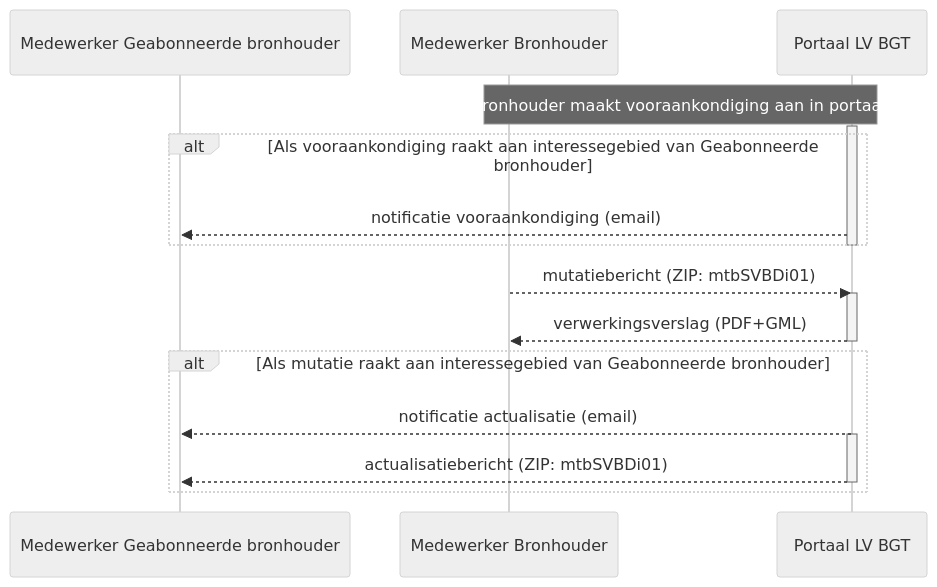
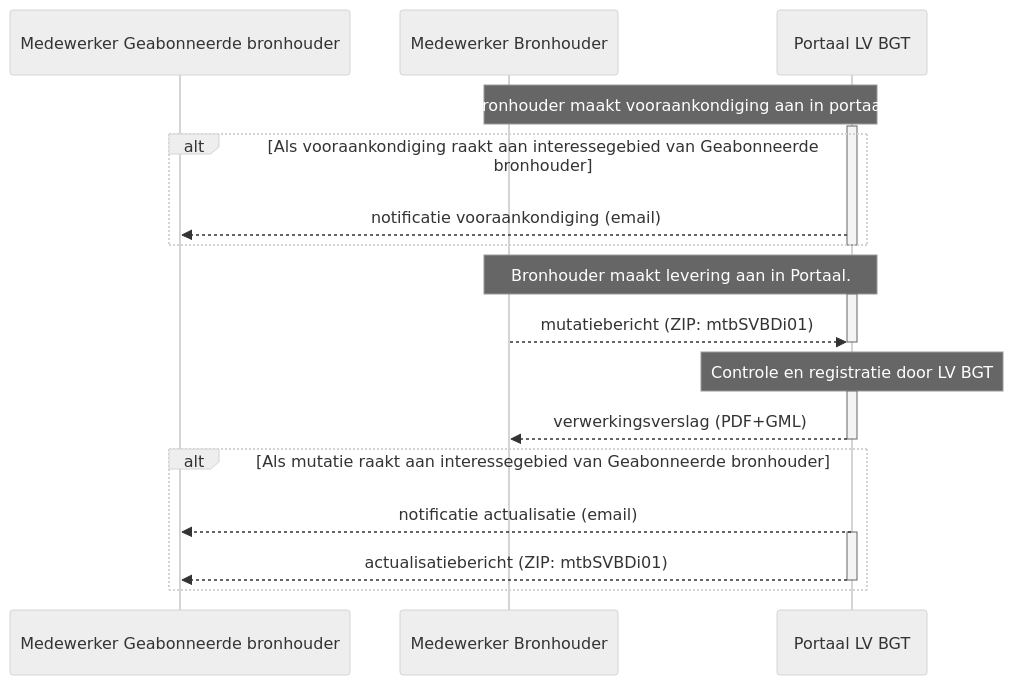
The first of 2 diagrams in werkafspraken/bgt-berichtenverkeer/2-werkafspraak.md (Geonovum/IMGeo), drawn with Mermaid (neutral theme) before and after one commit. The commit also changed other lines of this file, not shown here.

```diff
--- a/werkafspraken/bgt-berichtenverkeer/2-werkafspraak.md
+++ b/werkafspraken/bgt-berichtenverkeer/2-werkafspraak.md
@@ -67,22 +67,26 @@
 <div class="mermaid">
 sequenceDiagram          
     participant Medewerker Geabonneerde  bronhouder    
     participant Medewerker Bronhouder  
     participant Portaal LV BGT    
     Note over Medewerker Bronhouder, Portaal LV BGT: Bronhouder maakt vooraankondiging aan in portaal.
     activate Portaal LV BGT
     alt Als vooraankondiging raakt aan interessegebied van Geabonneerde bronhouder    
     Portaal LV BGT-->>Medewerker Geabonneerde  bronhouder: notificatie vooraankondiging (email)
     end
     deactivate Portaal LV BGT
-    Medewerker Bronhouder-->>Portaal LV BGT: mutatiebericht (ZIP: mtbSVBDi01)   
+    Note over Medewerker Bronhouder, Portaal LV BGT: Bronhouder maakt levering aan in Portaal.
     activate Portaal LV BGT
-    Portaal LV BGT-->>Medewerker Bronhouder: verwerkingsverslag (PDF+GML)
+    Medewerker Bronhouder-->>Portaal LV BGT: mutatiebericht (ZIP: mtbSVBDi01)
+    deactivate Portaal LV BGT   
+    Note over Portaal LV BGT: Controle en registratie door LV BGT     
+    activate Portaal LV BGT  
+    Portaal LV BGT-->>Medewerker Bronhouder: verwerkingsverslag (PDF+GML)    
     deactivate Portaal LV BGT
     alt Als mutatie raakt aan interessegebied van Geabonneerde bronhouder
     Portaal LV BGT-->>Medewerker Geabonneerde  bronhouder: notificatie actualisatie (email)
     activate Portaal LV BGT
     Portaal LV BGT-->>Medewerker Geabonneerde  bronhouder: actualisatiebericht (ZIP: mtbSVBDi01)
     deactivate Portaal LV BGT
     end
 </div>
```
